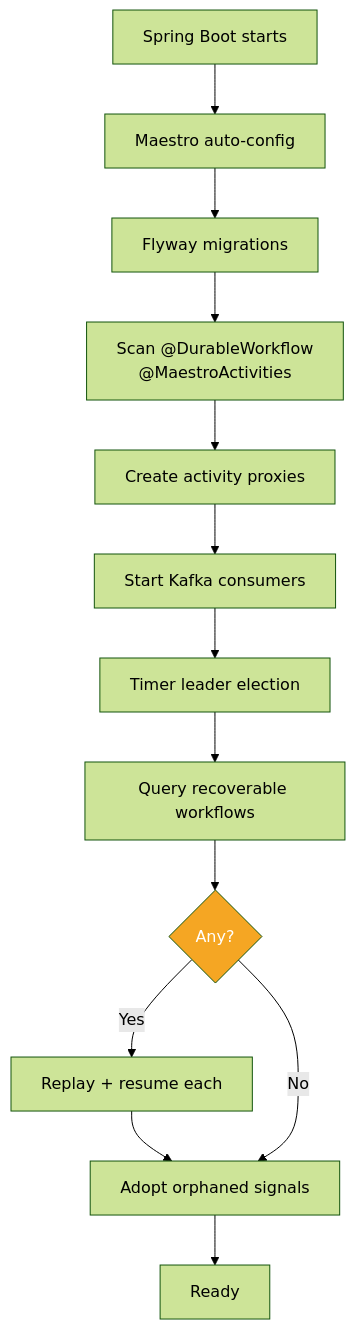
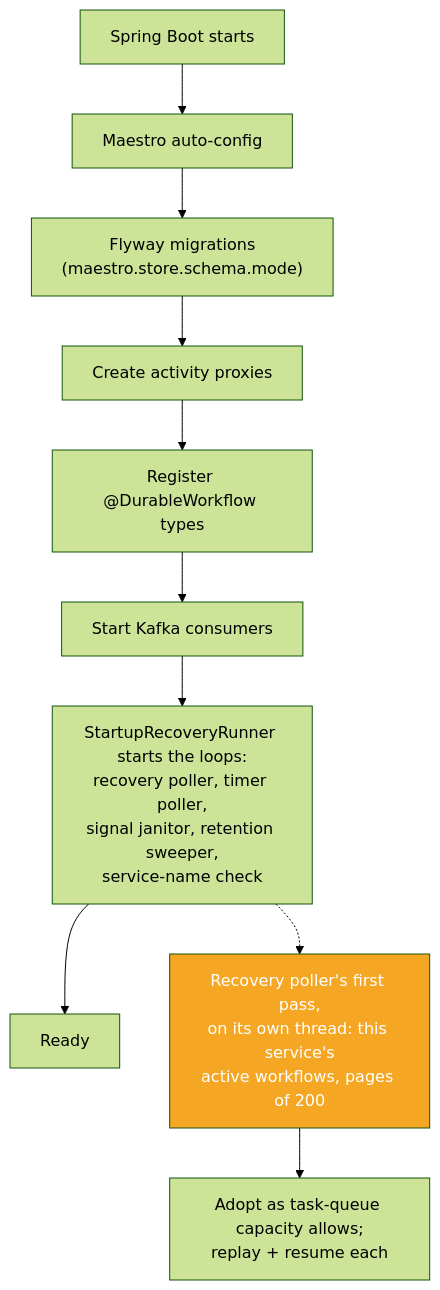
Diagram 15 of 15 in docs/maestro-architecture.md (rakheen-dama/maestro), drawn with Mermaid (forest theme) before and after one commit. The commit also changed other lines of this file and 1 other file, not shown here.

Commit message:
docs: PRD and architecture match the shipped modules, config and startup
PRD: the module map listed the removed Valkey lock module and omitted the
BOM, the integration tests, the loan-origination and perf samples; the
configuration example set `store.schema: maestro` (the property is
`store.schema.mode`), `lock.type: valkey` (only `postgres` is accepted),
`admin.events.topic` (a deprecated alias); the non-goals called the
removed Postgres transport "now available".

Architecture: §8's lock table lacked the retention sweeper's leader key;
§13's startup chart had readiness wait for recovery and orphaned-signal
adoption, while StartupRecoveryRunner only starts the loops and the first
recovery pass runs on the poller's thread, gated by capacity (WP6); the
Kafka-rebalance row spoke of rerouted tasks, which no longer exist.

````diff
--- a/docs/maestro-architecture.md
+++ b/docs/maestro-architecture.md
@@ -611,17 +612,14 @@
 ```mermaid
 flowchart TD
     A["Spring Boot starts"] --> B["Maestro auto-config"]
-    B --> C["Flyway migrations"]
-    C --> D["Scan @DurableWorkflow<br/>@MaestroActivities"]
-    D --> E["Create activity proxies"]
-    E --> F["Start Kafka consumers"]
-    F --> G["Timer leader election"]
-    G --> H["Query recoverable workflows"]
-    H --> I{"Any?"}
-    I -- "Yes" --> J["Replay + resume each"]
-    J --> K["Adopt orphaned signals"]
-    I -- "No" --> K
-    K --> L["Ready"]
+    B --> C["Flyway migrations<br/>(maestro.store.schema.mode)"]
+    C --> E["Create activity proxies"]
+    E --> D["Register @DurableWorkflow types"]
+    D --> F["Start Kafka consumers"]
+    F --> G["StartupRecoveryRunner starts the loops:<br/>recovery poller, timer poller,<br/>signal janitor, retention sweeper,<br/>service-name check"]
+    G --> L["Ready"]
+    G -.-> R["Recovery poller's first pass,<br/>on its own thread: this service's<br/>active workflows, pages of 200"]
+    R --> J["Adopt as task-queue capacity allows;<br/>replay + resume each"]
 
-    style I fill:#F5A623,color:#fff
+    style R fill:#F5A623,color:#fff
 ```
````
